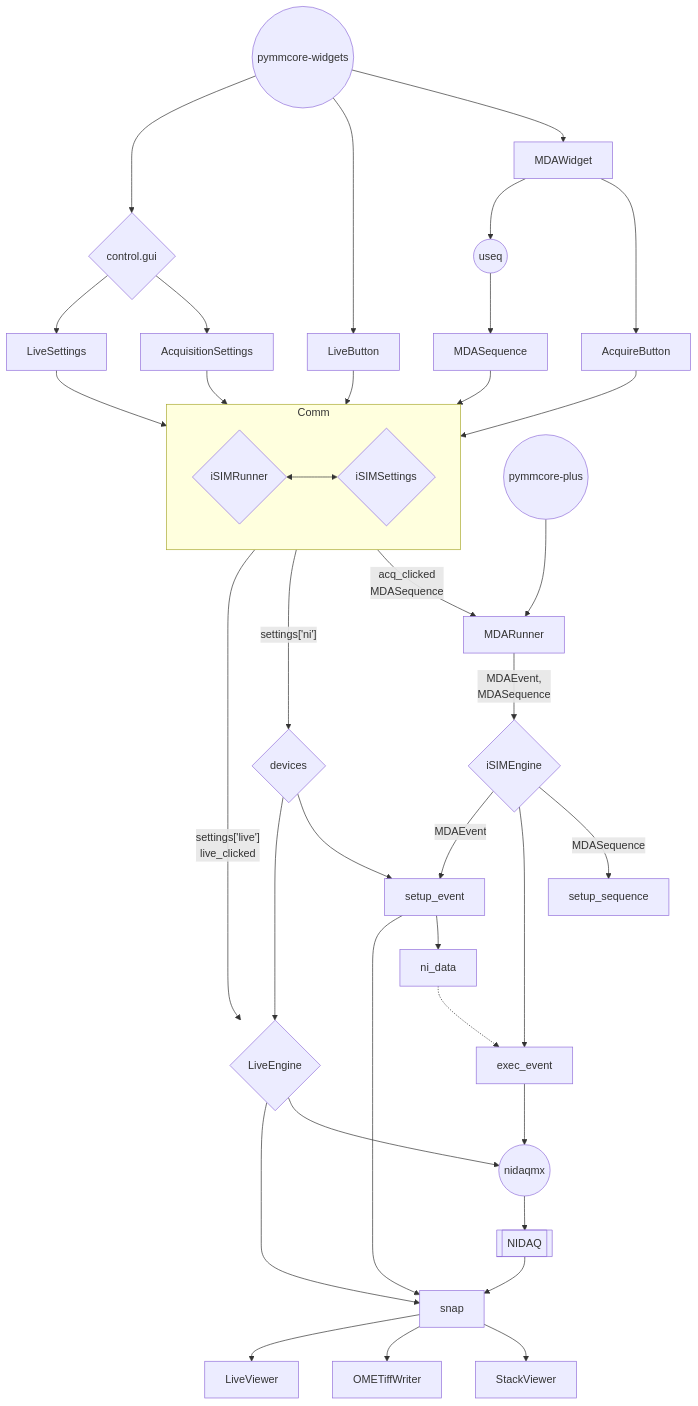
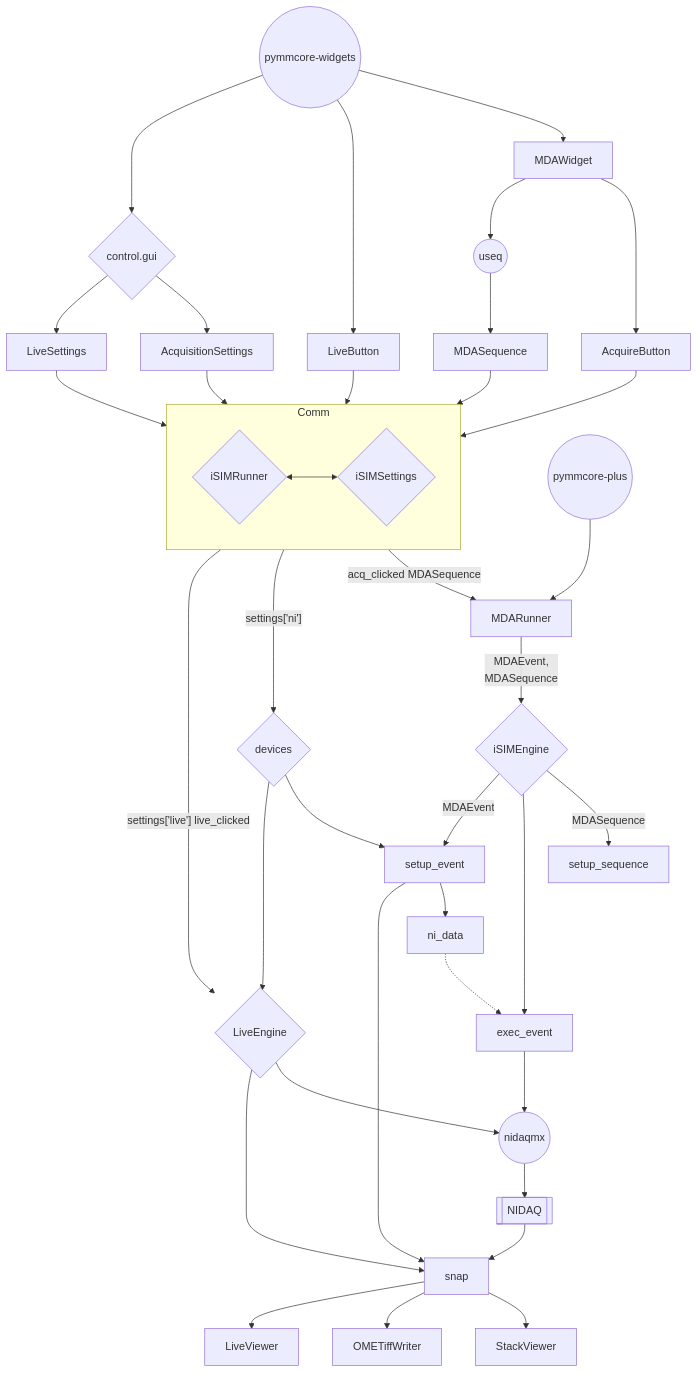
Before and after one commit to LEB-EPFL/iSIM: the diagram in control/doc/structure.md, drawn with Mermaid.

Commit message:
fixing github mermaid

````diff
--- a/control/doc/structure.md
+++ b/control/doc/structure.md
@@ -1,65 +1,64 @@
 ```mermaid
-flowchart TB
+flowchart TB;
     useq((useq))
     pymmcore-widgets((pymmcore-widgets))
     iSIMSettings{iSIMSettings}
     iSIMRunner{iSIMRunner}
     pymmcore-plus((pymmcore-plus))
     iSIMEngine{iSIMEngine}
     control.gui{control.gui}
 
     subgraph Comm
         direction LR
         iSIMRunner <--> iSIMSettings
     end
     devices{devices}
     NIDAQ[[NIDAQ]]
     nidaqmx((nidaqmx))
 
     %% Acquisisitons
 
     useq --> MDASequence
     pymmcore-widgets --> MDAWidget
     control.gui --> AcquisitionSettings
     MDAWidget --> AcquireButton
     AcquireButton --> Comm
     MDAWidget --> useq
     MDASequence --> Comm
     AcquisitionSettings --> Comm
 
 
     pymmcore-plus --> MDARunner
-    Comm -- acq_clicked \n MDASequence--> MDARunner
+    Comm -- acq_clicked MDASequence--> MDARunner
     Comm -- settings['ni'] --> devices
 
 
     MDARunner -- MDAEvent, \n MDASequence --> iSIMEngine
     iSIMEngine -- MDASequence --> setup_sequence
     iSIMEngine --> exec_event
     iSIMEngine -- MDAEvent --> setup_event
     devices --> setup_event
     setup_event --> ni_data
     setup_event --> snap
     ni_data -.-> exec_event
     exec_event --> nidaqmx
     nidaqmx --> NIDAQ
     snap --> StackViewer
     snap --> OMETiffWriter
 
 
     %% Live Mode
     pymmcore-widgets --> LiveButton
     LiveButton --> Comm
     LiveEngine{LiveEngine} --> nidaqmx
     LiveEngine --> snap
     NIDAQ --> snap
     snap --> LiveViewer
 
     devices --> LiveEngine
-    Comm -- settings['live'] \n live_clicked--> LiveEngine
+    Comm -- settings['live'] live_clicked--> LiveEngine
 
     control.gui --> LiveSettings
     pymmcore-widgets --> control.gui
     LiveSettings --> Comm
-
 ```
````
